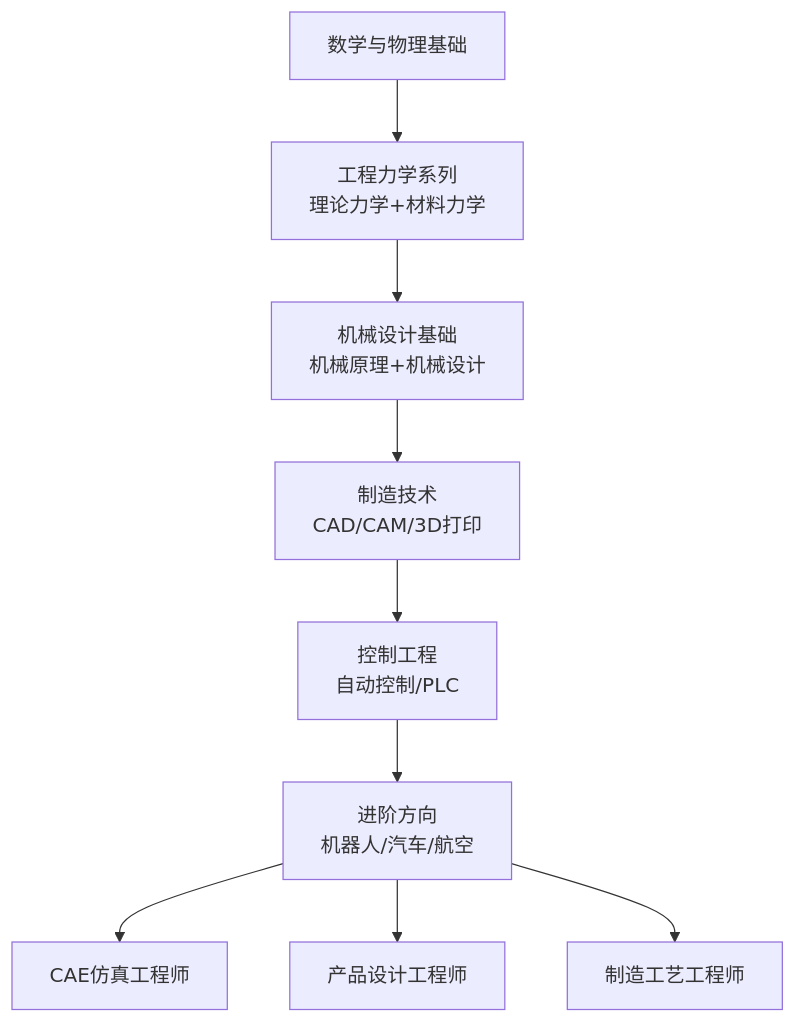
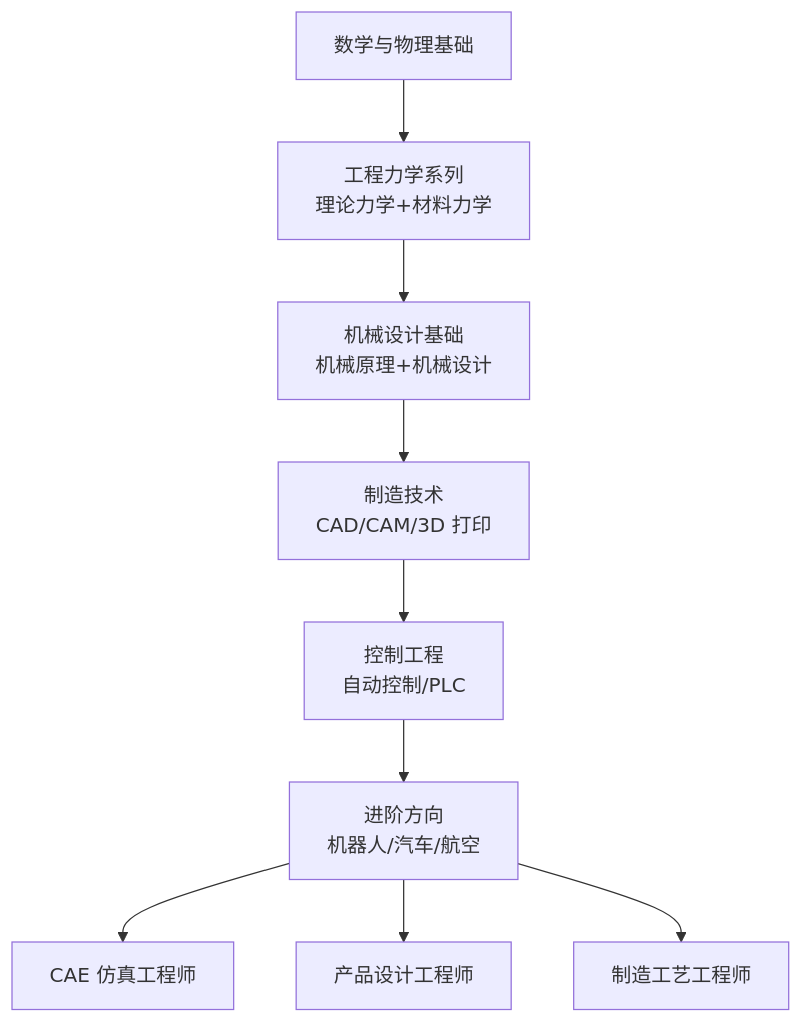
One commit to Tianshang301/TianshangKnowledgeBase changed the second of 2 diagrams in 04_EngineeringAndTechnology/LearningPath.md. Above: the diagram before and after it, drawn with Mermaid. The commit also changed other lines of this file and 2257 other files, not shown here.

````diff
--- a/04_EngineeringAndTechnology/LearningPath.md
+++ b/04_EngineeringAndTechnology/LearningPath.md
@@ -115,11 +115,11 @@
 ```mermaid
 flowchart TD
     A[数学与物理基础] --> B[工程力学系列<br/>理论力学+材料力学]
     B --> C[机械设计基础<br/>机械原理+机械设计]
-    C --> D[制造技术<br/>CAD/CAM/3D打印]
+    C --> D[制造技术<br/>CAD/CAM/3D 打印]
     D --> E[控制工程<br/>自动控制/PLC]
     E --> F[进阶方向<br/>机器人/汽车/航空]
-    F --> G1[CAE仿真工程师]
+    F --> G1[CAE 仿真工程师]
     F --> G2[产品设计工程师]
     F --> G3[制造工艺工程师]
 ```
````
